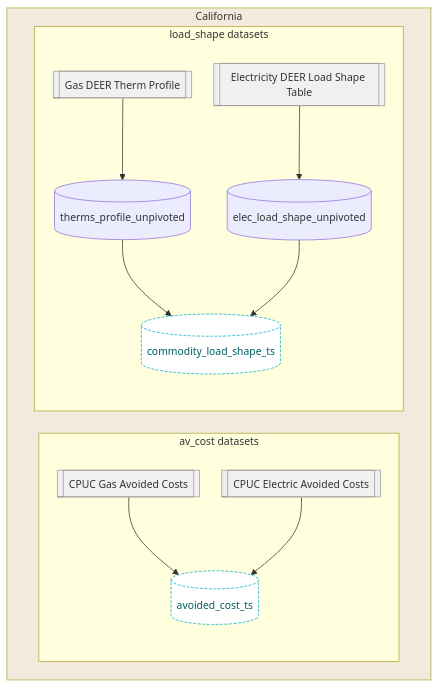
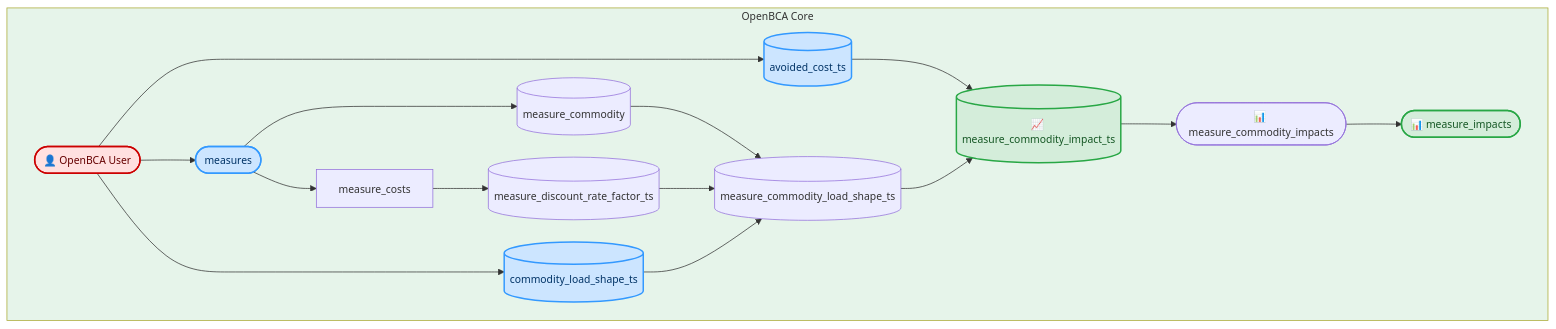
The fourth of 6 diagrams in README.md (openbca/openbca), drawn with Mermaid before and after one commit. The commit also changed other lines of this file and 4 other files, not shown here.

````diff
--- a/README.md
+++ b/README.md
@@ -116,38 +256,46 @@
 ```mermaid
 %%{ init: { "theme": "default", "themeVariables": { "fontSize": "14px" }, "flowchart": { "nodeSpacing": 30, "curve": "basis" } } }%%
 flowchart TD
 
-    %% === CALIFORNIA Subgraph ===
-    subgraph CALIFORNIA ["California"]
-        style CALIFORNIA fill:#F3E9DC
+    %% === OpenBCA Subgraph ===
+    subgraph OpenBCA ["OpenBCA Core"]
+        style OpenBCA fill:#e6f4ea
 
-        subgraph CALI_VS ["av_cost datasets"]
-            cal_gas_av_costs[["CPUC Gas Avoided Costs"]]:::fileref
-            cal_elec_av_costs[["CPUC Electric Avoided Costs"]]:::fileref
-            cal_avoided_cost_ts[(avoided_cost_ts)]:::interface
+        user(["👤 OpenBCA User"]):::user
+        measures(["measures"]):::input
+        measure_discount_rate_factor_ts[(measure_discount_rate_factor_ts)]:::intermediate
+        measure_commodity[(measure_commodity)]:::intermediate
+        measure_commodity_load_shape_ts[(measure_commodity_load_shape_ts)]:::intermediate
+        measure_commodity_impact_ts[(📈 measure_commodity_impact_ts)]:::output
+        measure_commodity_impacts(["📊 measure_commodity_impacts"]):::intermediate
+        measure_impacts(["📊 measure_impacts"]):::output
+        
+        avoided_cost_ts[(avoided_cost_ts)]:::input
+        commodity_load_shape_ts[(commodity_load_shape_ts)]:::input
 
-            cal_gas_av_costs --> cal_avoided_cost_ts
-            cal_elec_av_costs --> cal_avoided_cost_ts
-        end
-
-        subgraph CALI_LS ["load_shape datasets"]
-            cal_therms_profile[[Gas DEER Therm Profile]]:::fileref
-            cal_therms_profile_unpivoted[(therms_profile_unpivoted)]:::intermediate
-            cal_elec_load_shape_unpivoted[(elec_load_shape_unpivoted)]:::intermediate
-            cal_hourly_electric_load[[Electricity DEER Load Shape Table]]:::fileref
-            cal_commodity_load_shape_ts[(commodity_load_shape_ts)]:::interface
-
-            cal_therms_profile --> cal_therms_profile_unpivoted --> cal_commodity_load_shape_ts
-            cal_hourly_electric_load --> cal_elec_load_shape_unpivoted --> cal_commodity_load_shape_ts
-        end
+        user --> measures
+        user --> avoided_cost_ts
+        user --> commodity_load_shape_ts
+        measures --> measure_costs
+        measure_costs --> measure_discount_rate_factor_ts
+        measures --> measure_commodity
+        measure_commodity --> measure_commodity_load_shape_ts
+        measure_discount_rate_factor_ts --> measure_commodity_load_shape_ts
+        commodity_load_shape_ts --> measure_commodity_load_shape_ts
+        avoided_cost_ts --> measure_commodity_impact_ts
+        measure_commodity_load_shape_ts --> measure_commodity_impact_ts
+        measure_commodity_impact_ts --> measure_commodity_impacts
+%%        measure_costs --> measure_commodity_impacts
+        measure_commodity_impacts --> measure_impacts
+%%        measure_costs --> measure_impacts
     end
 
     %% === CLASS DEFINITIONS ===
     classDef input fill:#cce5ff,stroke:#3399ff,color:#003366,stroke-width:2px;
     %%classDef intermediate 
     classDef output fill:#d4edda,stroke:#28a745,color:#155724,stroke-width:2px;
-    classDef interface fill:#ffffff,stroke:#00acc1,color:#006064,stroke-dasharray: 4 2;
+    %%classDef interface fill:#ffffff,stroke:#00acc1,color:#006064,stroke-dasharray: 4 2;
     classDef fileref fill:#f0f0f0,stroke:#999999,color:#333,stroke-width:1px;
     classDef user fill:#ffe0e0,stroke:#cc0000,color:#660000,stroke-width:2px;
 
 ```
````
